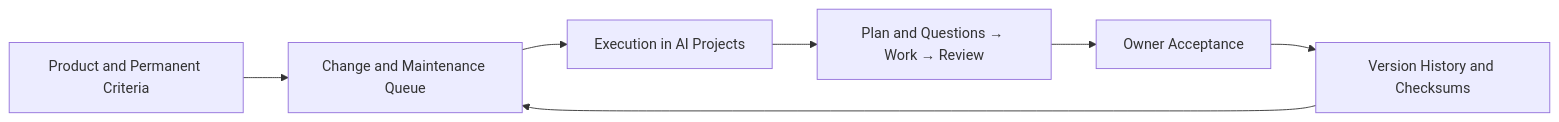
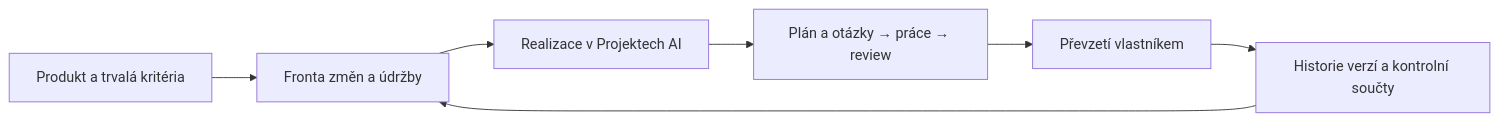
Before and after one commit to RulezZzOr/miner: the diagram in studio/docs/PRODUCT_LIFECYCLE.md, drawn with Mermaid. The commit also changed other lines of this file and 70 other files, not shown here.

````diff
--- a/studio/docs/PRODUCT_LIFECYCLE.md
+++ b/studio/docs/PRODUCT_LIFECYCLE.md
@@ -35,9 +63,9 @@
 ```mermaid
 flowchart LR
-  P[Product and Permanent Criteria] --> Q[Change and Maintenance Queue]
-  Q --> M[Execution in AI Projects]
-  M --> B[Plan and Questions → Work → Review]
-  B --> A[Owner Acceptance]
-  A --> V[Version History and Checksums]
+  P[Produkt a trvalá kritéria] --> Q[Fronta změn a údržby]
+  Q --> M[Realizace v Projektech AI]
+  M --> B[Plán a otázky → práce → review]
+  B --> A[Převzetí vlastníkem]
+  A --> V[Historie verzí a kontrolní součty]
   V --> Q
 ```
````
